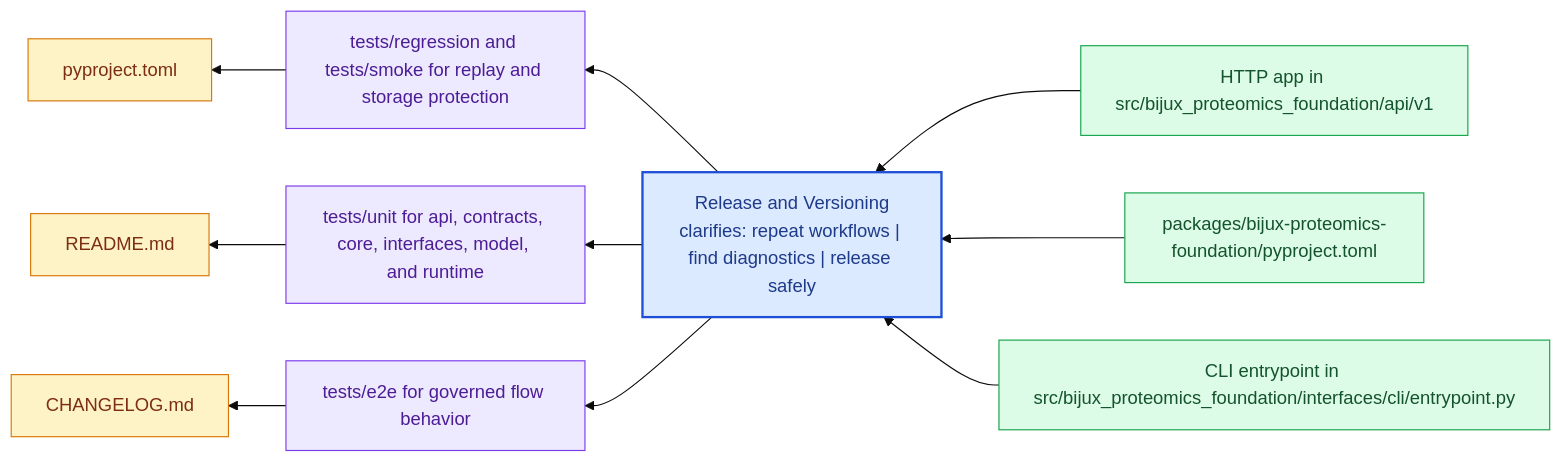
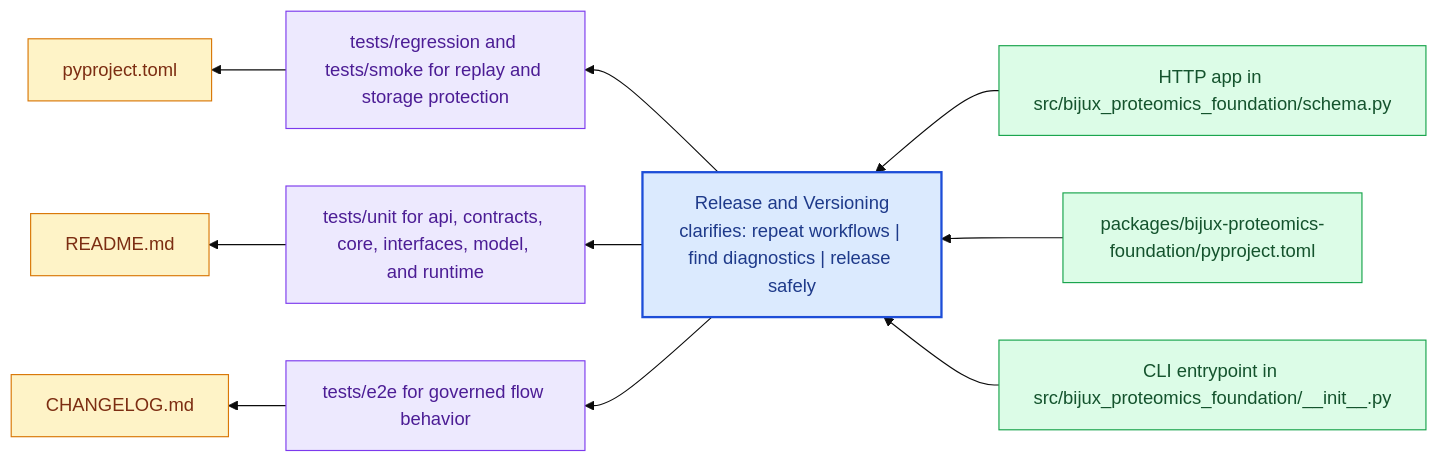
The diagram in docs/bijux-proteomics-foundation/operations/release-and-versioning.md (bijux/bijux-proteomics), drawn with Mermaid (base theme) before and after one commit. The commit also changed 24 other files, not shown here.

Commit message:
docs(bijux-proteomics-foundation): align package handbook to schema and serialization ownership

````diff
--- a/docs/bijux-proteomics-foundation/operations/release-and-versioning.md
+++ b/docs/bijux-proteomics-foundation/operations/release-and-versioning.md
@@ -23,31 +23,31 @@
 ```mermaid
 flowchart RL
     page["Release and Versioning<br/>clarifies: repeat workflows | find diagnostics | release safely"]
     classDef page fill:#dbeafe,stroke:#1d4ed8,color:#1e3a8a,stroke-width:2px;
     classDef positive fill:#dcfce7,stroke:#16a34a,color:#14532d;
     classDef caution fill:#fee2e2,stroke:#dc2626,color:#7f1d1d;
     classDef anchor fill:#ede9fe,stroke:#7c3aed,color:#4c1d95;
     classDef action fill:#fef3c7,stroke:#d97706,color:#7c2d12;
-    step1["HTTP app in src/bijux_proteomics_foundation/api/v1"]
+    step1["HTTP app in src/bijux_proteomics_foundation/schema.py"]
     step1 --> page
     step2["packages/bijux-proteomics-foundation/pyproject.toml"]
     step2 --> page
-    step3["CLI entrypoint in src/bijux_proteomics_foundation/interfaces/cli/entrypoint.py"]
+    step3["CLI entrypoint in src/bijux_proteomics_foundation/__init__.py"]
     step3 --> page
     run1["tests/regression and tests/smoke for replay and storage protection"]
     page --> run1
     run2["tests/unit for api, contracts, core, interfaces, model, and runtime"]
     page --> run2
     run3["tests/e2e for governed flow behavior"]
     page --> run3
     release1["pyproject.toml"]
     run1 --> release1
     release2["README.md"]
     run2 --> release2
     release3["CHANGELOG.md"]
     run3 --> release3
     class page page;
     class step1,step2,step3 positive;
     class run1,run2,run3 anchor;
     class release1,release2,release3 action;
 ```
````
